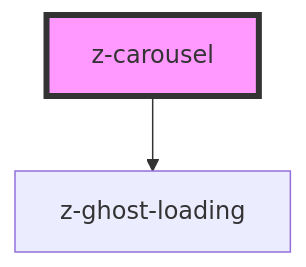
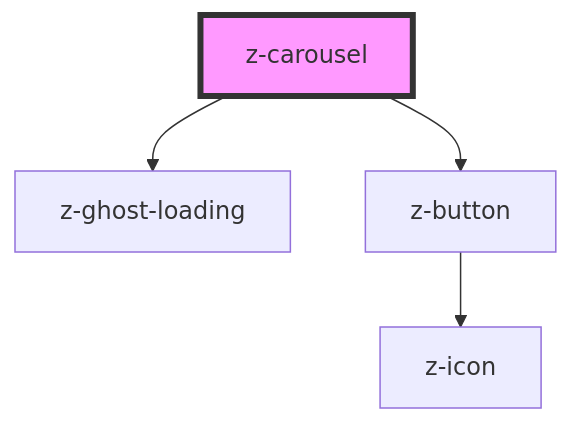
The diagram in src/components/z-carousel/readme.md (ZanichelliEditore/design-system), drawn with Mermaid before and after one commit. The commit also changed other lines of this file and 7 other files, not shown here.

````diff
--- a/src/components/z-carousel/readme.md
+++ b/src/components/z-carousel/readme.md
@@ -30,5 +35,7 @@
 ```mermaid
 graph TD;
   z-carousel --> z-ghost-loading
+  z-carousel --> z-button
+  z-button --> z-icon
   style z-carousel fill:#f9f,stroke:#333,stroke-width:4px
 ```
````
